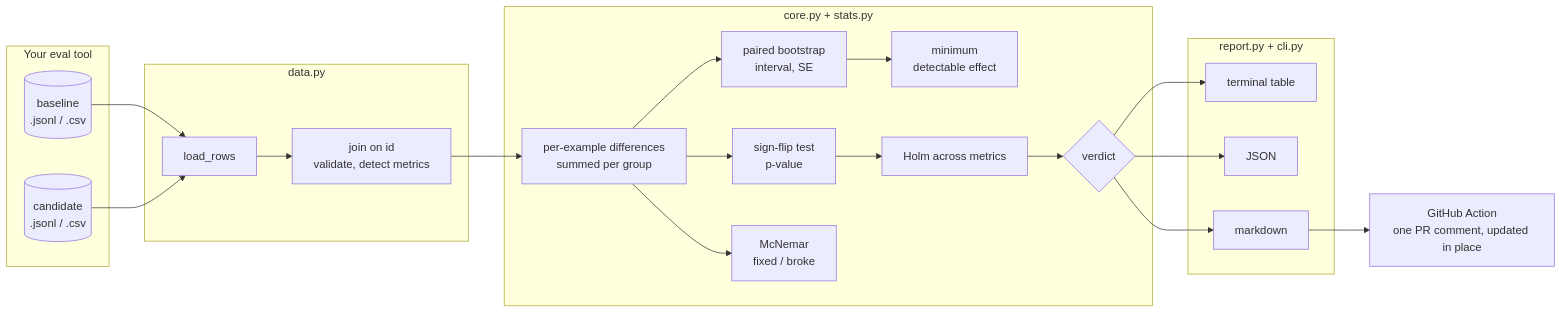
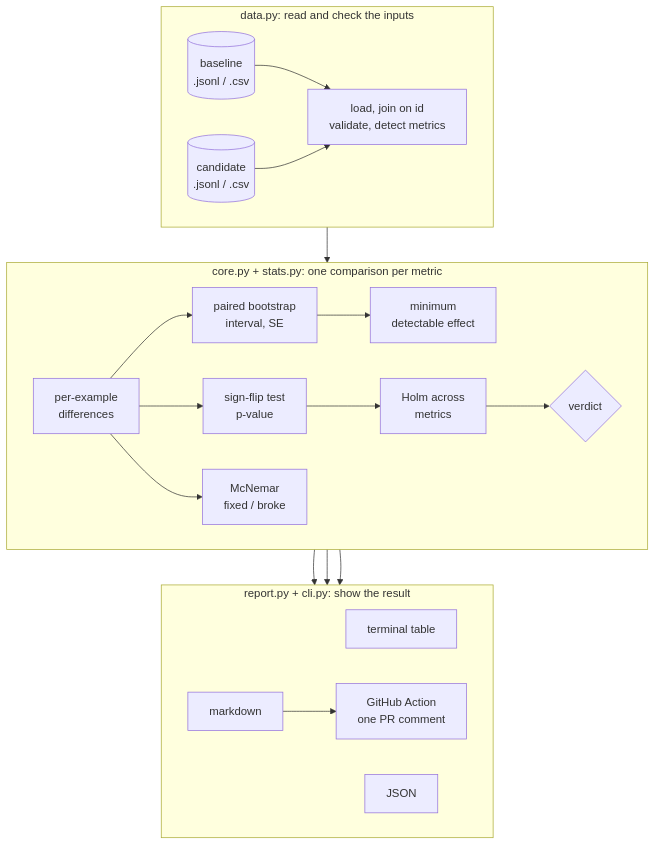
One commit to ArjunShuklaCSE/evalsig changed the diagram in README.md. Above: the diagram before and after it, drawn with Mermaid.

Commit message:
README: top-to-bottom architecture diagram that stays readable at page width

````diff
--- a/README.md
+++ b/README.md
@@ -167,31 +167,27 @@
 ```mermaid
-flowchart LR
-    subgraph input["Your eval tool"]
-        B[("baseline<br/>.jsonl / .csv")]
-        C[("candidate<br/>.jsonl / .csv")]
+flowchart TB
+    subgraph data["data.py: read and check the inputs"]
+        direction LR
+        B[("baseline<br/>.jsonl / .csv")] --> J["load, join on id<br/>validate, detect metrics"]
+        C[("candidate<br/>.jsonl / .csv")] --> J
     end
-    subgraph data["data.py"]
-        L["load_rows"] --> J["join on id<br/>validate, detect metrics"]
-    end
-    subgraph engine["core.py + stats.py"]
-        D["per-example differences<br/>summed per group"]
-        D --> BS["paired bootstrap<br/>interval, SE"]
+    subgraph engine["core.py + stats.py: one comparison per metric"]
+        direction LR
+        D["per-example<br/>differences"] --> BS["paired bootstrap<br/>interval, SE"]
         D --> SF["sign-flip test<br/>p-value"]
         D --> MN["McNemar<br/>fixed / broke"]
         BS --> MDE["minimum<br/>detectable effect"]
-        SF --> H["Holm across metrics"]
+        SF --> H["Holm across<br/>metrics"]
         H --> V{"verdict"}
     end
-    subgraph output["report.py + cli.py"]
+    subgraph output["report.py + cli.py: show the result"]
+        direction LR
         T["terminal table"]
         JS["JSON"]
-        MD["markdown"]
+        MD["markdown"] --> A["GitHub Action<br/>one PR comment"]
     end
-    B --> L
-    C --> L
     J --> D
     V --> T
     V --> JS
     V --> MD
-    MD --> A["GitHub Action<br/>one PR comment, updated in place"]
 ```
````
